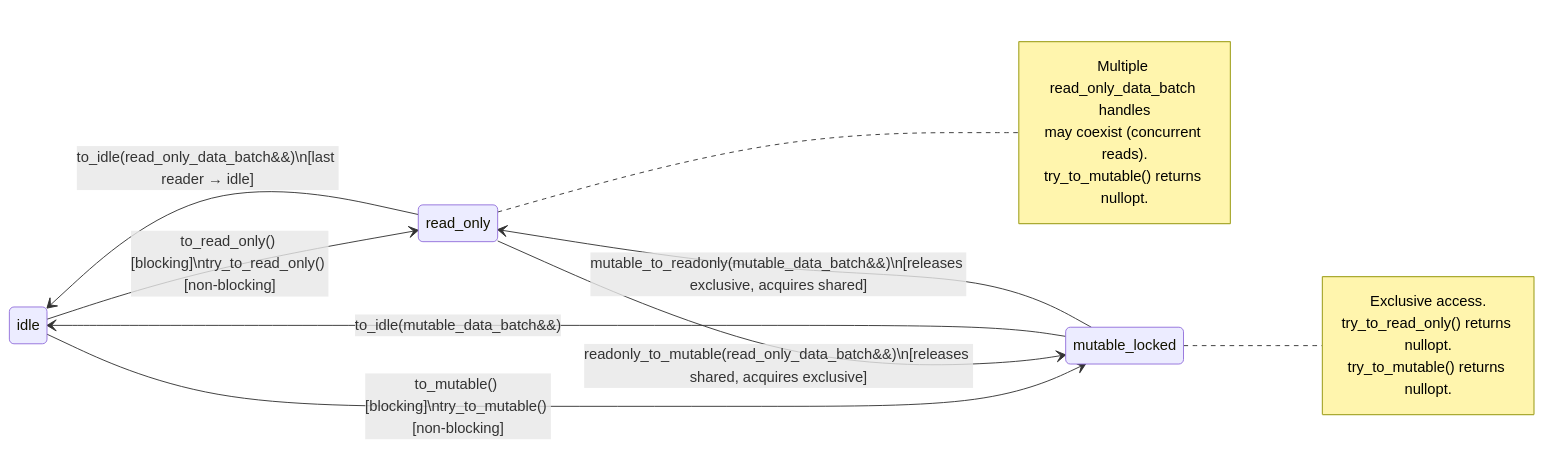
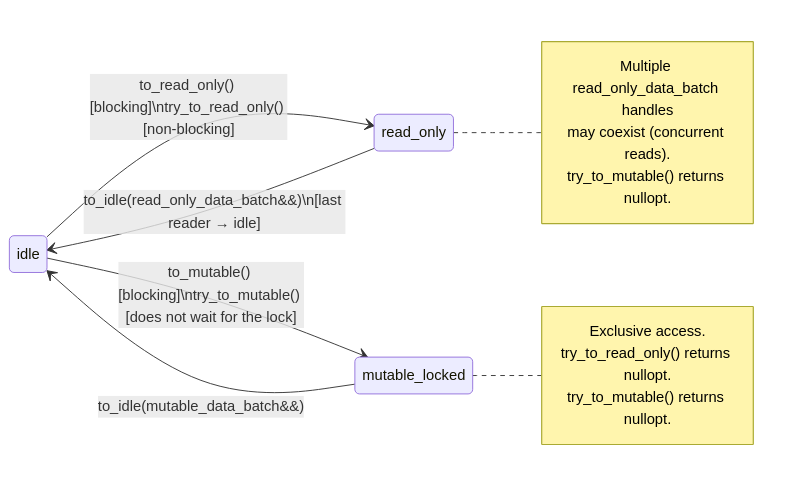
One commit to NVIDIA/cuCascade changed the diagram in docs/data_batch_state_transitions.md. Above: the diagram before and after it, drawn with Mermaid. The commit also changed other lines of this file and 11 other files, not shown here.

````diff
--- a/docs/data_batch_state_transitions.md
+++ b/docs/data_batch_state_transitions.md
@@ -65,25 +79,23 @@
 ```mermaid
 stateDiagram-v2
     direction LR
 
     idle --> read_only : to_read_only() [blocking]\ntry_to_read_only() [non-blocking]
-    idle --> mutable_locked : to_mutable() [blocking]\ntry_to_mutable() [non-blocking]
+    idle --> mutable_locked : to_mutable() [blocking]\ntry_to_mutable() [does not wait for the lock]
 
     read_only --> idle : to_idle(read_only_data_batch&&)\n[last reader → idle]
-    read_only --> mutable_locked : readonly_to_mutable(read_only_data_batch&&)\n[releases shared, acquires exclusive]
 
     mutable_locked --> idle : to_idle(mutable_data_batch&&)
-    mutable_locked --> read_only : mutable_to_readonly(mutable_data_batch&&)\n[releases exclusive, acquires shared]
 
     note right of read_only
       Multiple read_only_data_batch handles
       may coexist (concurrent reads).
       try_to_mutable() returns nullopt.
     end note
 
     note right of mutable_locked
       Exclusive access.
       try_to_read_only() returns nullopt.
       try_to_mutable() returns nullopt.
     end note
 ```
````
